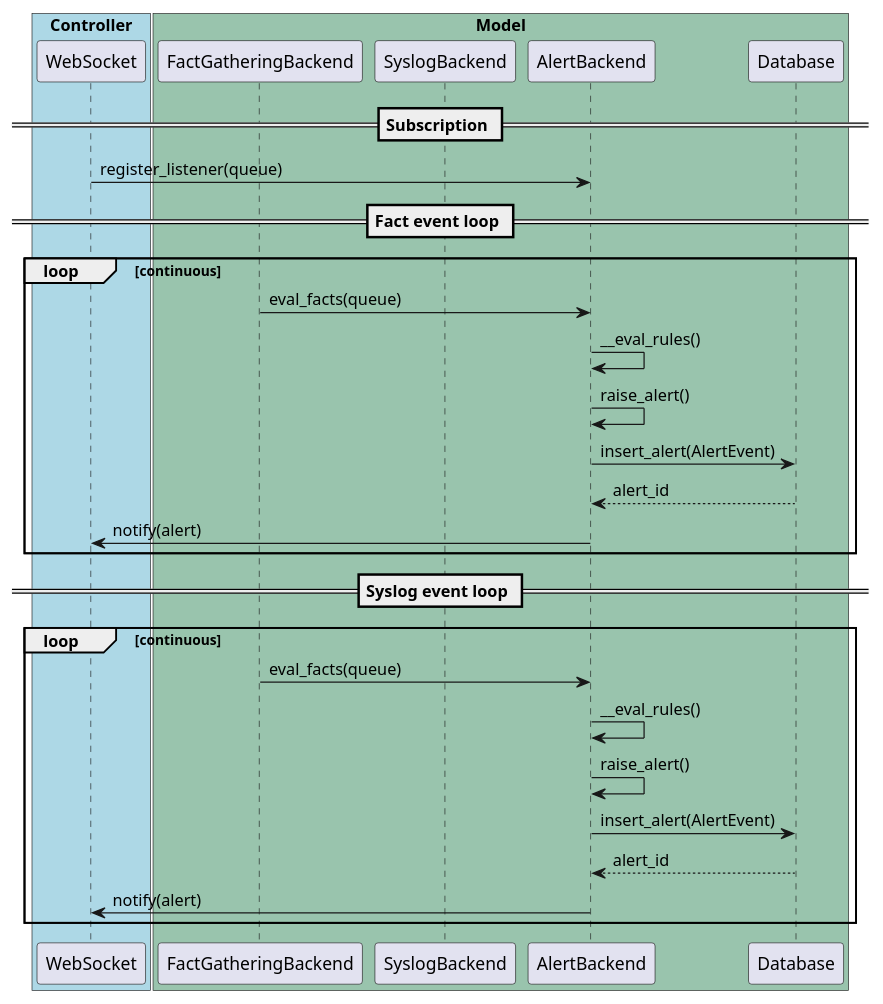
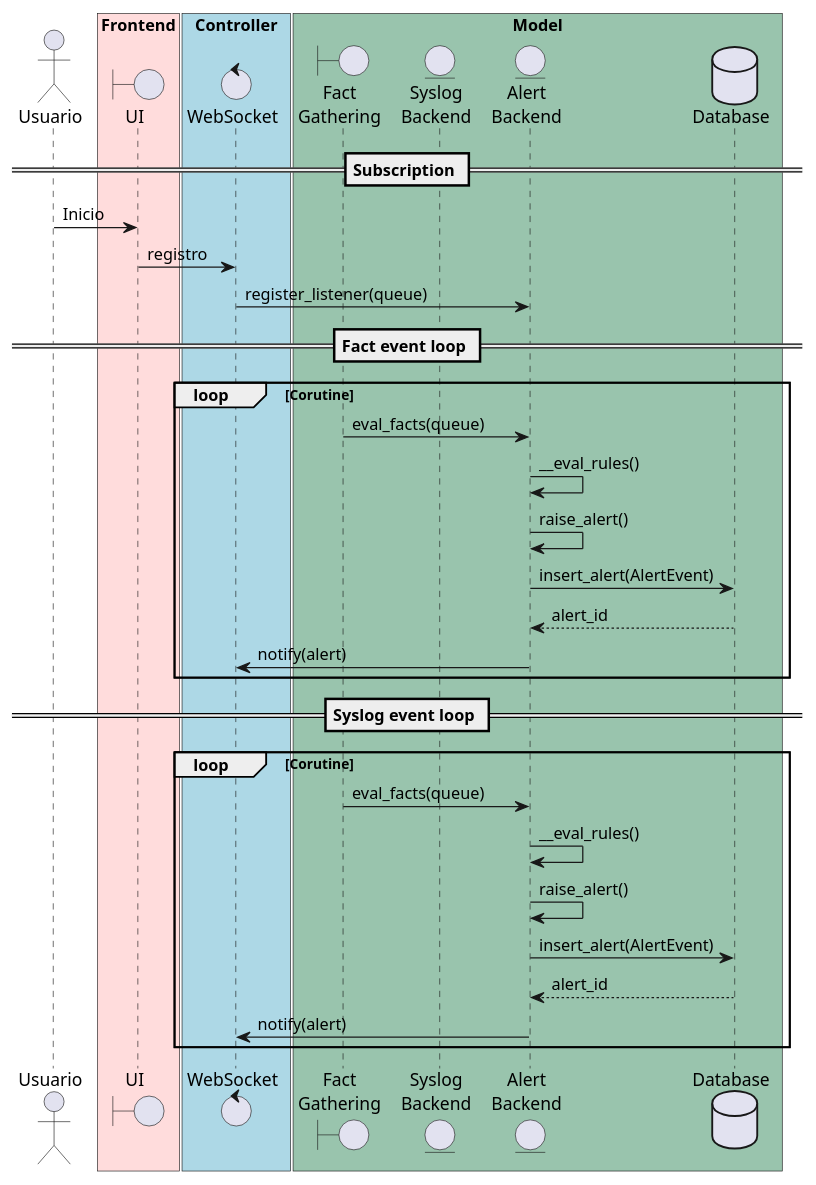
One commit to hector-ramirez-cano/Analytics changed the diagram in docs/uml/realTimeAlerts.puml. Above: the diagram before and after it, drawn with PlantUML. The commit also changed 3 other files, not shown here.

Commit message:
[DOCUMENTATION] Updated PlantUML diagrams

```diff
--- a/docs/uml/realTimeAlerts.puml
+++ b/docs/uml/realTimeAlerts.puml
@@ -1,38 +1,45 @@
 @startuml realTimeAlerts
+
+actor "Usuario" as User
+box "Frontend" #ffdcdcff
+boundary "UI" as UI
+end box
 
 ' Define controller and model lifelines
 ' Backend
 box "Controller" #ADD8E6
-participant "WebSocket" as WebSocket
+control "WebSocket" as WebSocket
 end box
 
 box "Model" #99c4ad
-participant "FactGatheringBackend" as FactGatheringBackend
-participant "SyslogBackend" as SyslogBackend
-participant "AlertBackend" as AlertBackend
-participant "Database" as Database
+boundary "Fact\nGathering" as FactGatheringBackend
+entity "Syslog\nBackend" as SyslogBackend
+entity "Alert\nBackend" as AlertBackend
+Database "Database" as Database
 end box
 
 == Subscription ==
+User -> UI : Inicio
+UI -> WebSocket : registro
 WebSocket -> AlertBackend : register_listener(queue)
 
 == Fact event loop ==
-loop continuous
+loop Corutine
     FactGatheringBackend -> AlertBackend : eval_facts(queue)
     AlertBackend -> AlertBackend : __eval_rules()
     AlertBackend -> AlertBackend : raise_alert()
     AlertBackend -> Database : insert_alert(AlertEvent)
     Database --> AlertBackend : alert_id
     AlertBackend -> WebSocket : notify(alert)
 end
 
 == Syslog event loop ==
-loop continuous
+loop Corutine
     FactGatheringBackend -> AlertBackend : eval_facts(queue)
     AlertBackend -> AlertBackend : __eval_rules()
     AlertBackend -> AlertBackend : raise_alert()
     AlertBackend -> Database : insert_alert(AlertEvent)
     Database --> AlertBackend : alert_id
     AlertBackend -> WebSocket : notify(alert)
 end
 @enduml
```
